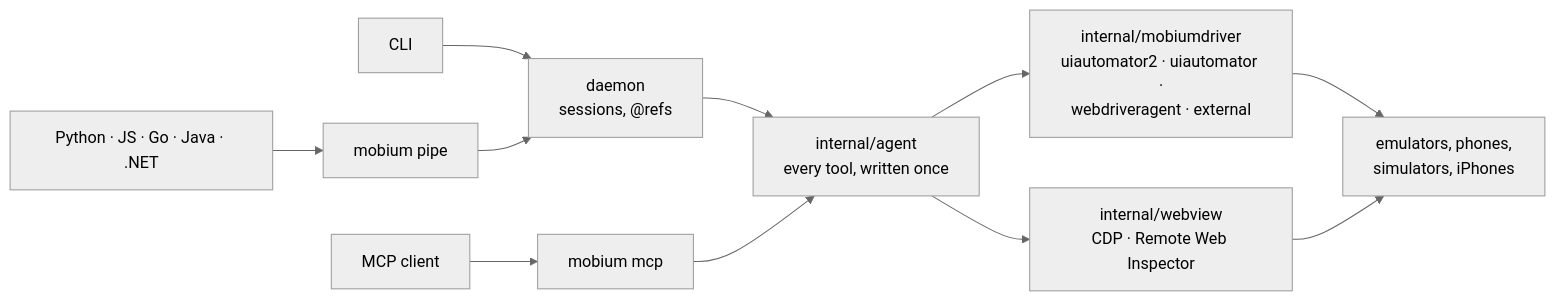
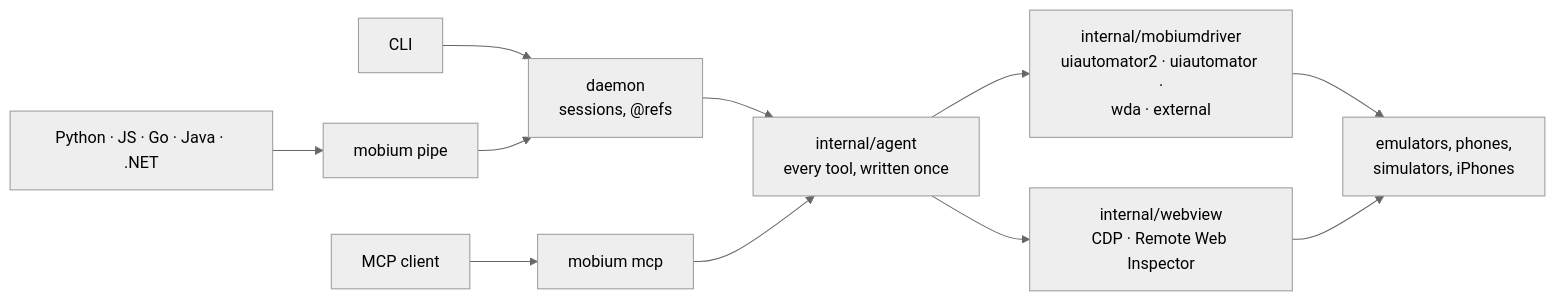
Before and after one commit to mobiumdev/mobium: the diagram in README.md, drawn with Mermaid (neutral theme). The commit also changed other lines of this file and 114 other files, not shown here.

````diff
--- a/README.md
+++ b/README.md
@@ -227,12 +232,12 @@
 ```mermaid
 flowchart LR
     cli["CLI"] --> daemon
     clients["Python · JS · Go · Java · .NET"] --> pipe["mobium pipe"] --> daemon
     mcp["MCP client"] --> mcpcmd["mobium mcp"]
     daemon["daemon<br/>sessions, @refs"] --> agent
     mcpcmd --> agent["internal/agent<br/>every tool, written once"]
-    agent --> driver["internal/mobiumdriver<br/>uiautomator2 · uiautomator ·<br/>webdriveragent · external"]
+    agent --> driver["internal/mobiumdriver<br/>uiautomator2 · uiautomator ·<br/>wda · external"]
     agent --> webview["internal/webview<br/>CDP · Remote Web Inspector"]
     driver --> devices["emulators, phones,<br/>simulators, iPhones"]
     webview --> devices
 ```
````
